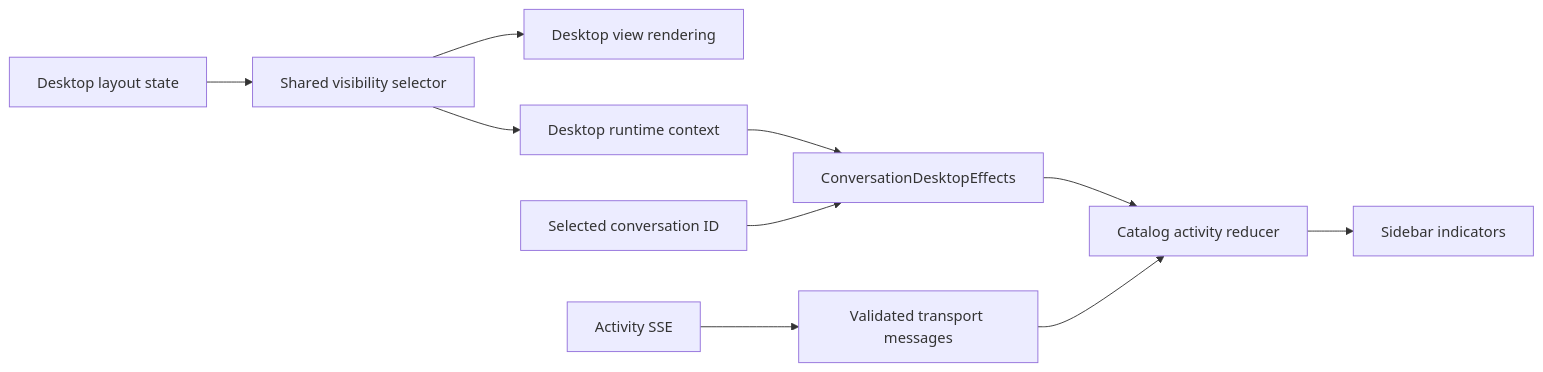
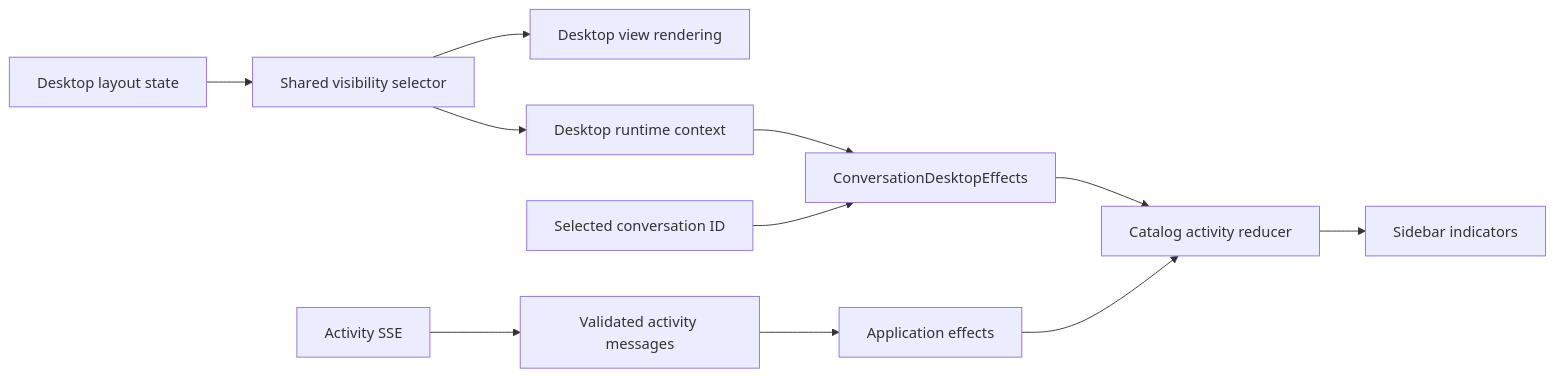
The diagram in server/ui/src/features/conversation/README.md (omnideck-dev/omnideck), drawn with Mermaid before and after one commit. The commit also changed other lines of this file and 305 other files, not shown here.

````diff
--- a/server/ui/src/features/conversation/README.md
+++ b/server/ui/src/features/conversation/README.md
@@ -109,12 +114,13 @@
 ```mermaid
 flowchart LR
     Layout[Desktop layout state] --> Visibility[Shared visibility selector]
     Visibility --> Hosts[Desktop view rendering]
     Visibility --> Runtime[Desktop runtime context]
     Runtime --> Effects[ConversationDesktopEffects]
     Session[Selected conversation ID] --> Effects
     Effects --> Activity[Catalog activity reducer]
-    SSE[Activity SSE] --> Decoder[Validated transport messages]
-    Decoder --> Activity
+    SSE[Activity SSE] --> Decoder[Validated activity messages]
+    Decoder --> AppEffects[Application effects]
+    AppEffects --> Activity
     Activity --> Sidebar[Sidebar indicators]
 ```
````
